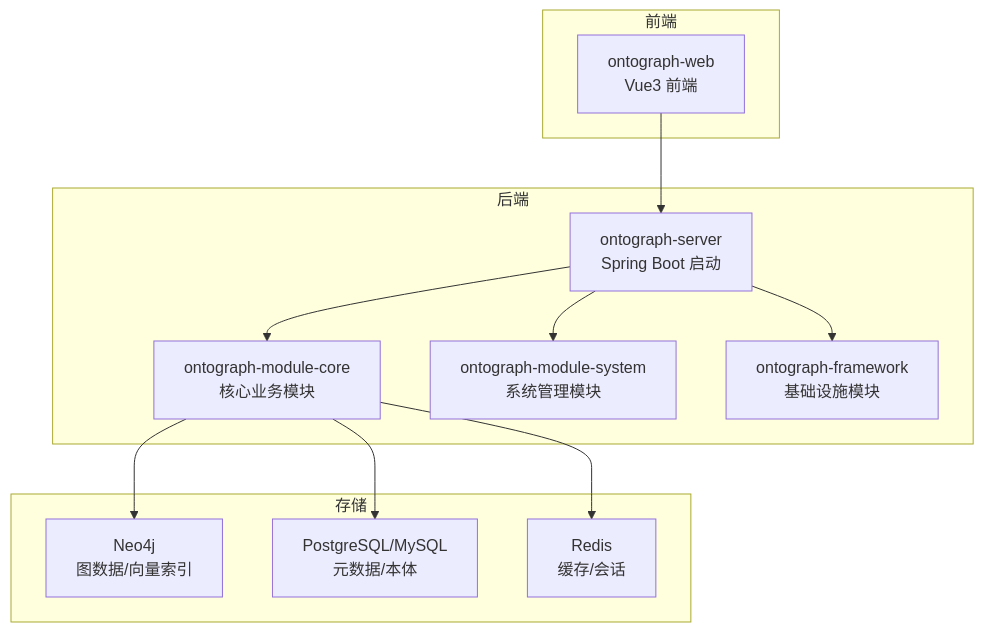
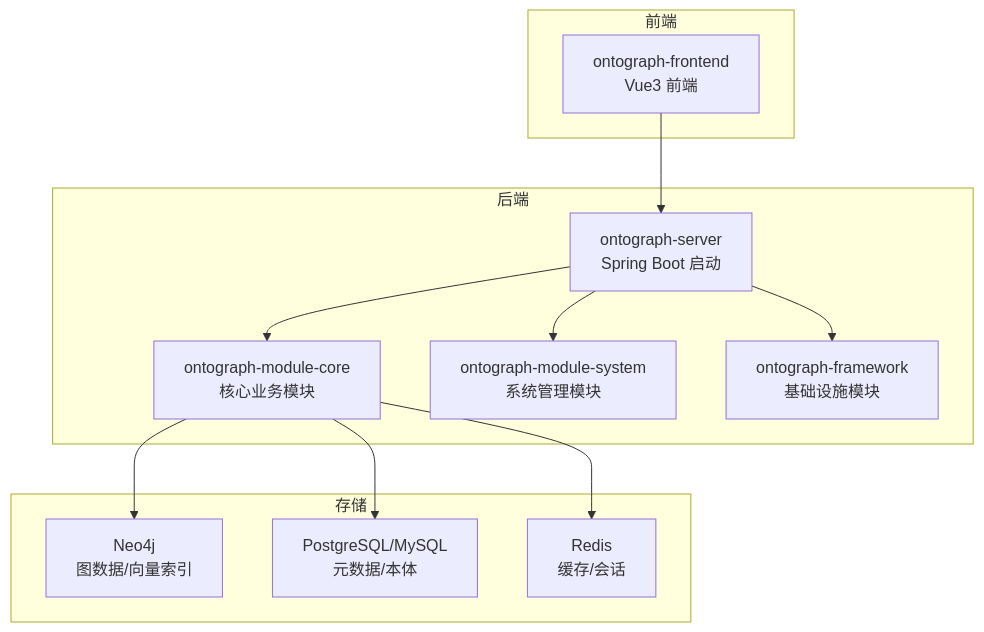
One commit to joezxh/graphiti-java changed the first of 8 diagrams in docs/manual/项目概述/核心特性.md. Above: the diagram before and after it, drawn with Mermaid. The commit also changed 27389 other files, not shown here.

Commit message:
refactor: 将 ontograph-web 重命名为 ontograph-frontend

````diff
--- a/docs/manual/项目概述/核心特性.md
+++ b/docs/manual/项目概述/核心特性.md
@@ -42,24 +42,24 @@
 ```mermaid
 graph TB
 subgraph "后端"
 S["ontograph-server<br/>Spring Boot 启动"]
 C["ontograph-module-core<br/>核心业务模块"]
 SYS["ontograph-module-system<br/>系统管理模块"]
 F["ontograph-framework<br/>基础设施模块"]
 end
 subgraph "存储"
 N4J["Neo4j<br/>图数据/向量索引"]
 PG["PostgreSQL/MySQL<br/>元数据/本体"]
 RDS["Redis<br/>缓存/会话"]
 end
 subgraph "前端"
-WEB["ontograph-web<br/>Vue3 前端"]
+WEB["ontograph-frontend<br/>Vue3 前端"]
 end
 WEB --> S
 S --> C
 S --> SYS
 S --> F
 C --> N4J
 C --> PG
 C --> RDS
 ```
````
